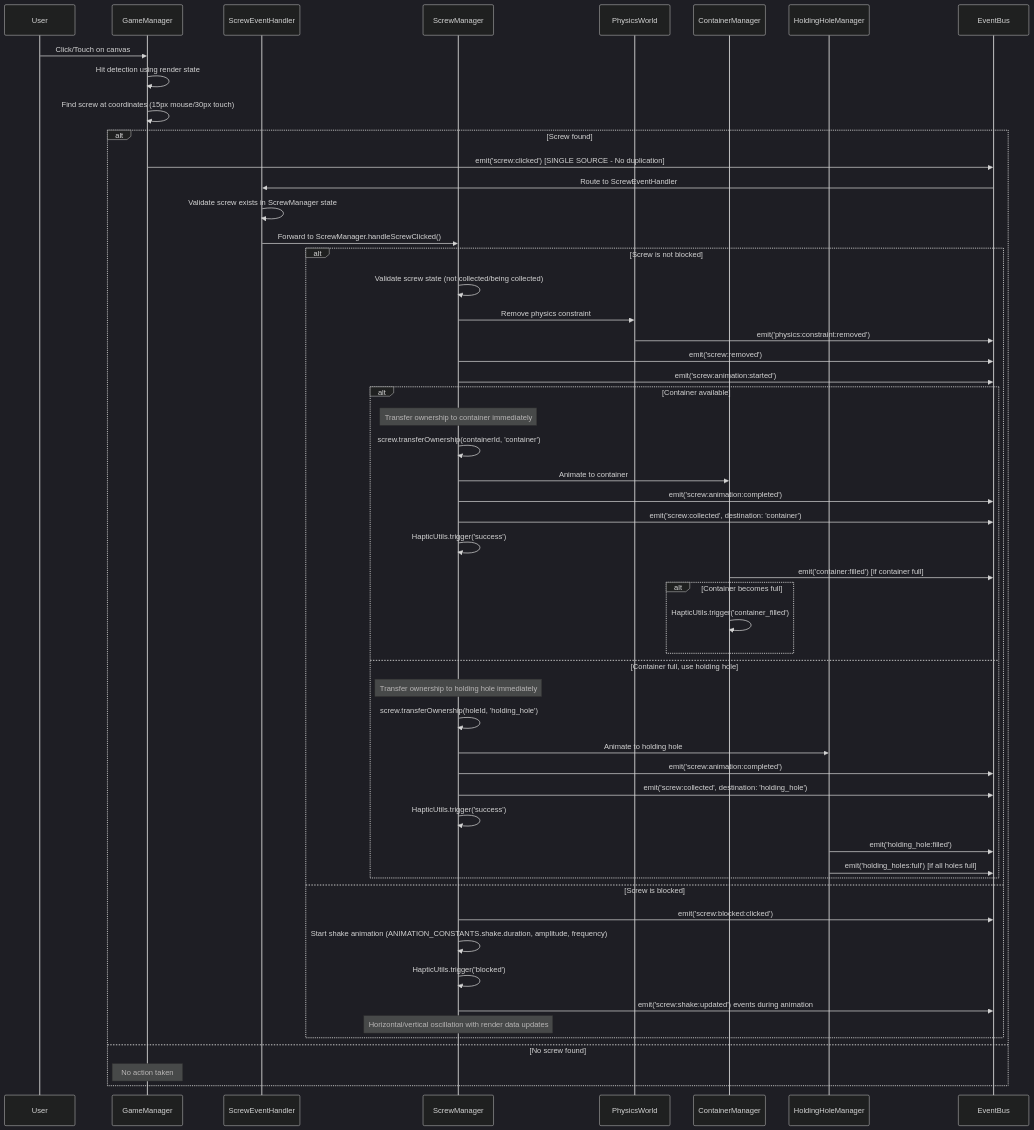
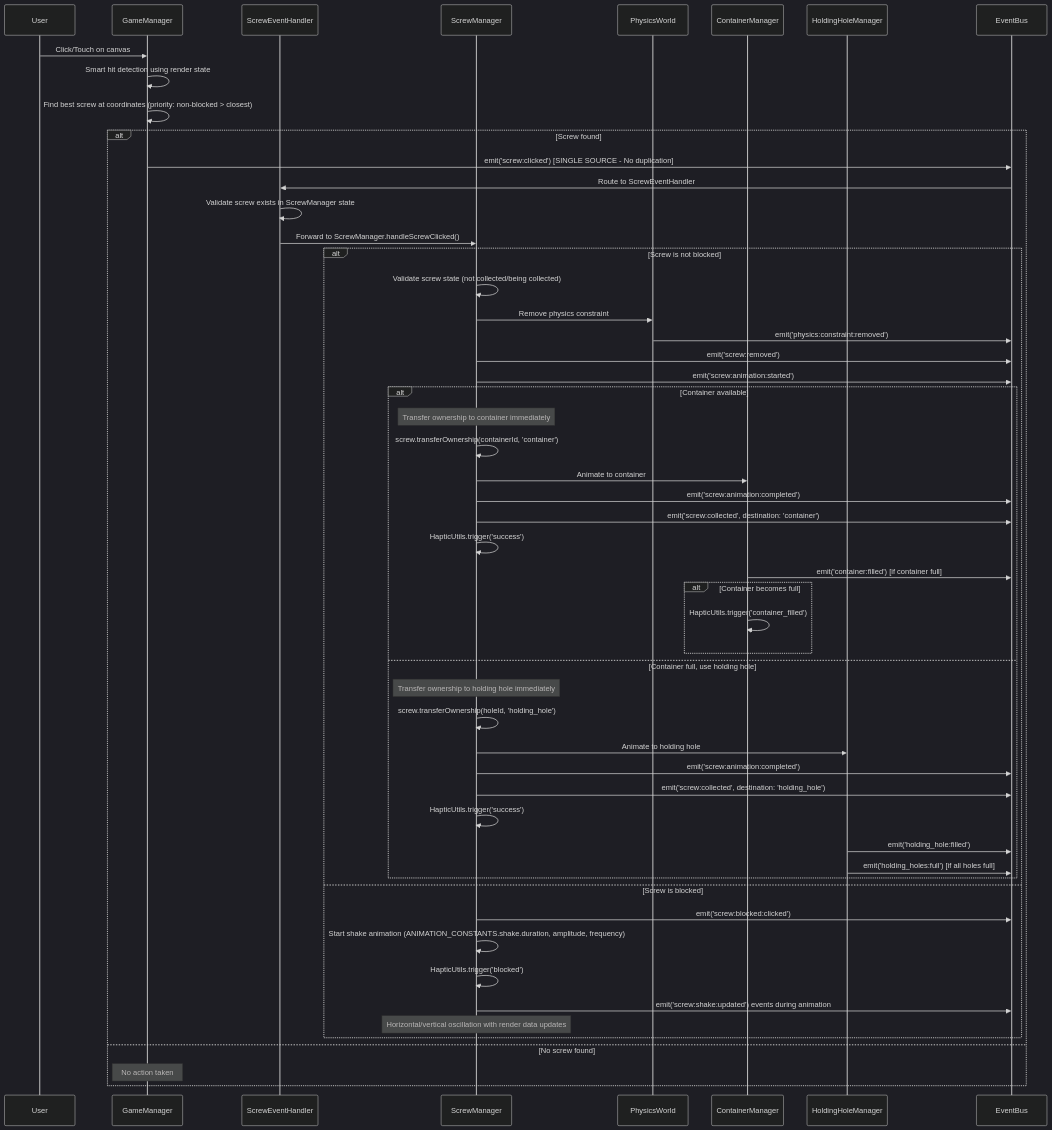
Before and after one commit to paulrobello/par-shape-2d: the third of 12 diagrams in docs/game_event_flows.md, drawn with Mermaid (dark theme). The commit also changed other lines of this file and 4 other files, not shown here.

First line of the commit message:
feat: improve screw selection to prioritize non-blocked screws

````diff
--- a/docs/game_event_flows.md
+++ b/docs/game_event_flows.md
@@ -296,60 +299,60 @@
 ```mermaid
 sequenceDiagram
     participant User
     participant GM as GameManager
     participant SEH as ScrewEventHandler
     participant SM as ScrewManager
     participant PM as PhysicsWorld
     participant CM as ContainerManager
     participant HM as HoldingHoleManager
     participant EB as EventBus
 
     User->>GM: Click/Touch on canvas
-    GM->>GM: Hit detection using render state
-    GM->>GM: Find screw at coordinates (15px mouse/30px touch)
+    GM->>GM: Smart hit detection using render state
+    GM->>GM: Find best screw at coordinates (priority: non-blocked > closest)
     
     alt Screw found
         GM->>EB: emit('screw:clicked') [SINGLE SOURCE - No duplication]
         EB->>SEH: Route to ScrewEventHandler
         SEH->>SEH: Validate screw exists in ScrewManager state
         SEH->>SM: Forward to ScrewManager.handleScrewClicked()
         
         alt Screw is not blocked
             SM->>SM: Validate screw state (not collected/being collected)
             SM->>PM: Remove physics constraint
             PM->>EB: emit('physics:constraint:removed')
             SM->>EB: emit('screw:removed')
             SM->>EB: emit('screw:animation:started')
             
             alt Container available
                 Note over SM: Transfer ownership to container immediately
                 SM->>SM: screw.transferOwnership(containerId, 'container')
                 SM->>CM: Animate to container
                 SM->>EB: emit('screw:animation:completed')
                 SM->>EB: emit('screw:collected', destination: 'container')
                 SM->>SM: HapticUtils.trigger('success')
                 CM->>EB: emit('container:filled') [if container full]
                 alt Container becomes full
                     CM->>CM: HapticUtils.trigger('container_filled')
                 end
             else Container full, use holding hole
                 Note over SM: Transfer ownership to holding hole immediately
                 SM->>SM: screw.transferOwnership(holeId, 'holding_hole')
                 SM->>HM: Animate to holding hole
                 SM->>EB: emit('screw:animation:completed')
                 SM->>EB: emit('screw:collected', destination: 'holding_hole')
                 SM->>SM: HapticUtils.trigger('success')
                 HM->>EB: emit('holding_hole:filled')
                 HM->>EB: emit('holding_holes:full') [if all holes full]
             end
         else Screw is blocked
             SM->>EB: emit('screw:blocked:clicked')
             SM->>SM: Start shake animation (ANIMATION_CONSTANTS.shake.duration, amplitude, frequency)
             SM->>SM: HapticUtils.trigger('blocked')
             SM->>EB: emit('screw:shake:updated') events during animation
             Note over SM: Horizontal/vertical oscillation with render data updates
         end
     else No screw found
         Note over GM: No action taken
     end
 ```
````
